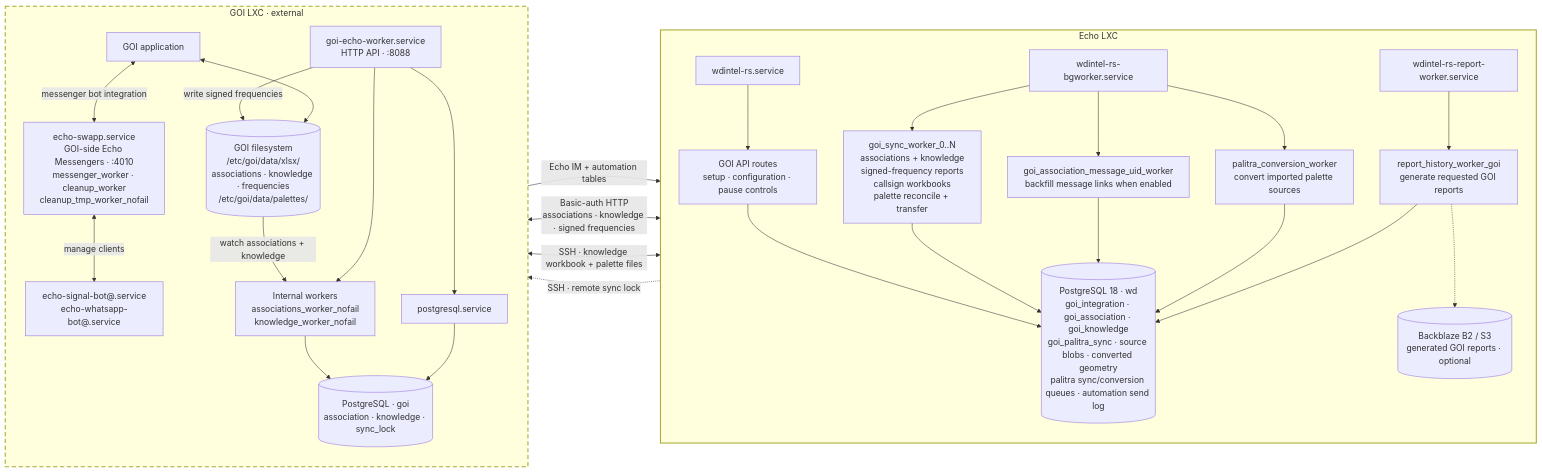
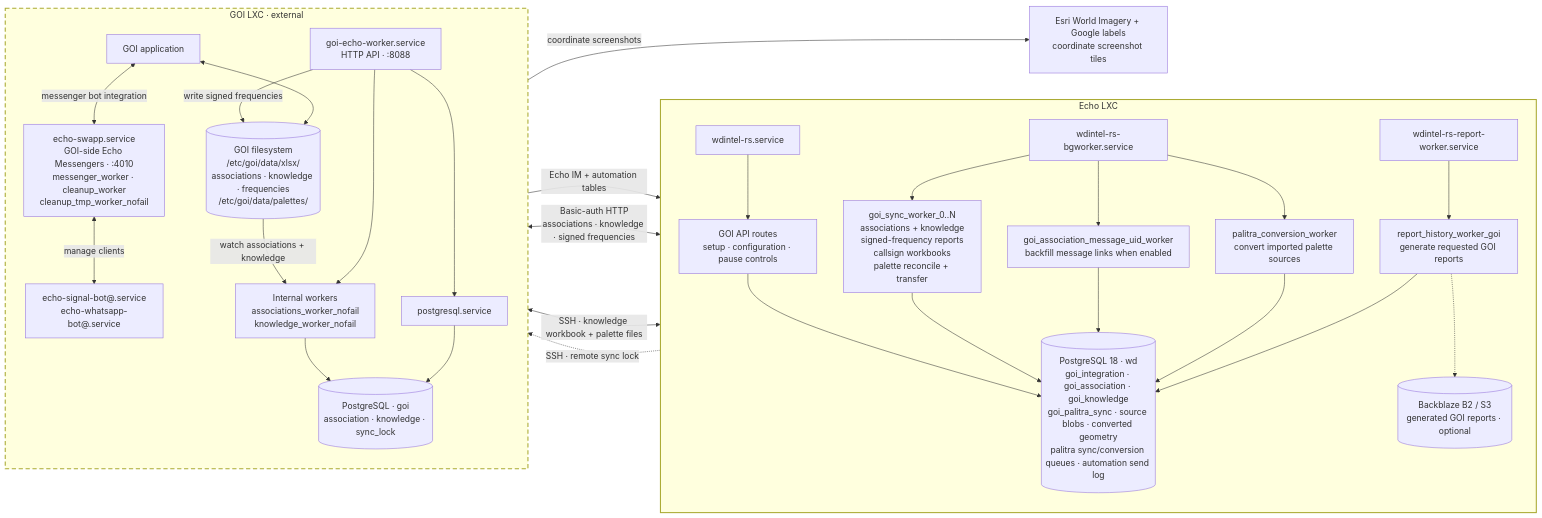
One commit to murczyk/echo changed the sixth of 7 diagrams in docs/README.md. Above: the diagram before and after it, drawn with Mermaid. The commit also changed other lines of this file and 10 other files, not shown here.

Commit message:
attach map screenshot

````diff
--- a/docs/README.md
+++ b/docs/README.md
@@ -445,60 +445,63 @@
 ```mermaid
 flowchart LR
     subgraph echo_lxc["Echo LXC"]
         direction TB
         api["wdintel-rs.service"]
         bg["wdintel-rs-bgworker.service"]
         reports["wdintel-rs-report-worker.service"]
 
         routes["GOI API routes<br/>setup · configuration · pause controls"]
         sync["goi_sync_worker_0..N<br/>associations + knowledge<br/>signed-frequency reports<br/>callsign workbooks<br/>palette reconcile + transfer"]
         message_uid["goi_association_message_uid_worker<br/>backfill message links when enabled"]
         conversion["palitra_conversion_worker<br/>convert imported palette sources"]
         report["report_history_worker_goi<br/>generate requested GOI reports"]
         echo_pg[("PostgreSQL 18 · wd<br/>goi_integration · goi_association · goi_knowledge<br/>goi_palitra_sync · source blobs · converted geometry<br/>palitra sync/conversion queues · automation send log")]
         report_store[("Backblaze B2 / S3<br/>generated GOI reports · optional")]
 
         api --> routes
         bg --> sync
         bg --> message_uid
         bg --> conversion
         reports --> report
 
         routes --> echo_pg
         sync --> echo_pg
         message_uid --> echo_pg
         conversion --> echo_pg
         report --> echo_pg
         report -.-> report_store
     end
 
     subgraph goi_lxc["GOI LXC · external"]
         direction TB
         goi_app["GOI application"]
         goi_worker["goi-echo-worker.service<br/>HTTP API · :8088"]
         echo_swapp["echo-swapp.service<br/>GOI-side Echo Messengers · :4010<br/>messenger_worker · cleanup_worker<br/>cleanup_tmp_worker_nofail"]
         messenger_clients["echo-signal-bot@.service<br/>echo-whatsapp-bot@.service"]
         goi_watchers["Internal workers<br/>associations_worker_nofail<br/>knowledge_worker_nofail"]
         goi_postgres["postgresql.service"]
         goi_pg[("PostgreSQL · goi<br/>association · knowledge · sync_lock")]
         goi_files[("GOI filesystem<br/>/etc/goi/data/xlsx/<br/>associations · knowledge · frequencies<br/>/etc/goi/data/palettes/")]
 
         goi_app <--> goi_files
         goi_app <-->|messenger bot integration| echo_swapp
         echo_swapp <-->|manage clients| messenger_clients
         goi_worker --> goi_watchers
         goi_worker --> goi_postgres
         goi_postgres --> goi_pg
         goi_watchers --> goi_pg
         goi_files -->|watch associations + knowledge| goi_watchers
         goi_worker -->|write signed frequencies| goi_files
     end
 
+    map_tiles["Esri World Imagery + Google labels<br/>coordinate screenshot tiles"]
+    echo_swapp -->|coordinate screenshots| map_tiles
+
     sync <-->|Basic-auth HTTP<br/>associations · knowledge · signed frequencies| goi_worker
     sync <-->|SSH · knowledge workbook + palette files| goi_files
     sync -.->|SSH · remote sync lock| goi_pg
     echo_swapp -->|Echo IM + automation tables| echo_pg
 
     style echo_lxc stroke-width:2px
     style goi_lxc stroke-width:2px,stroke-dasharray:8 5
 ```
````
